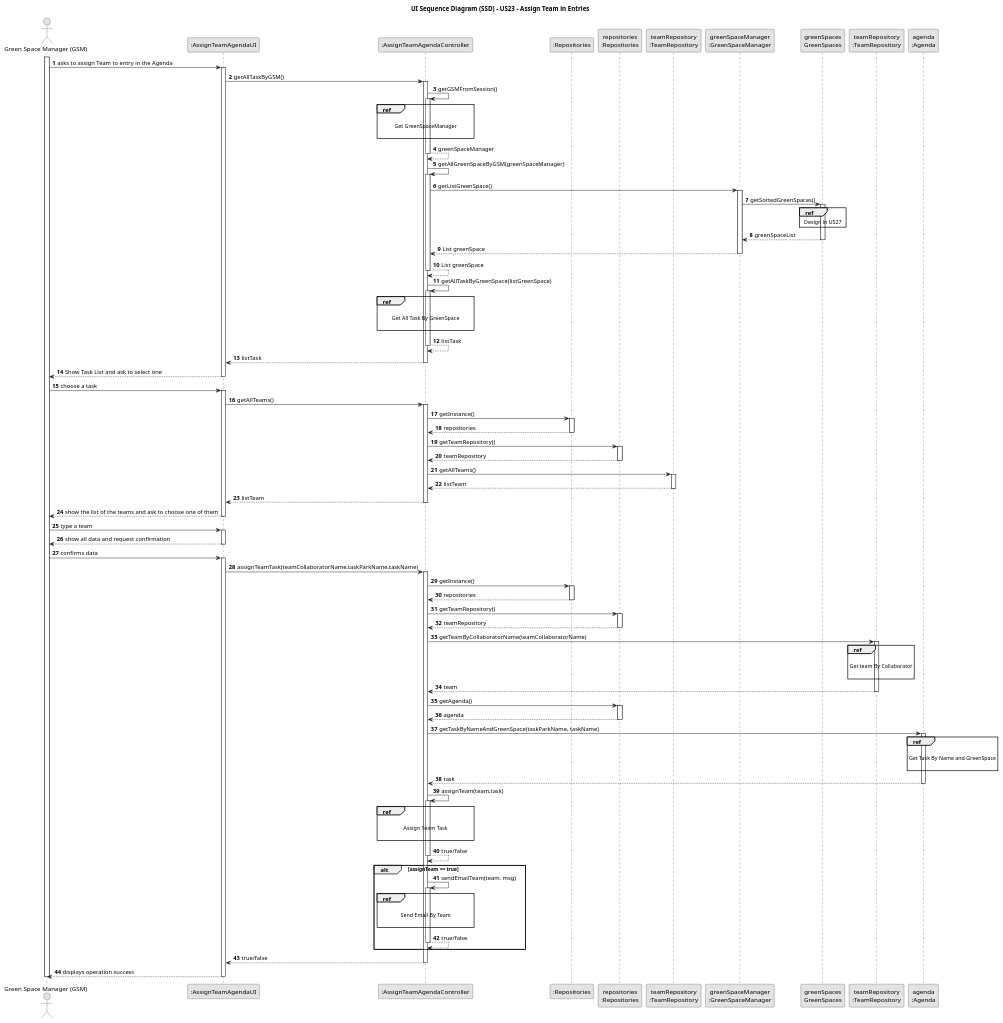
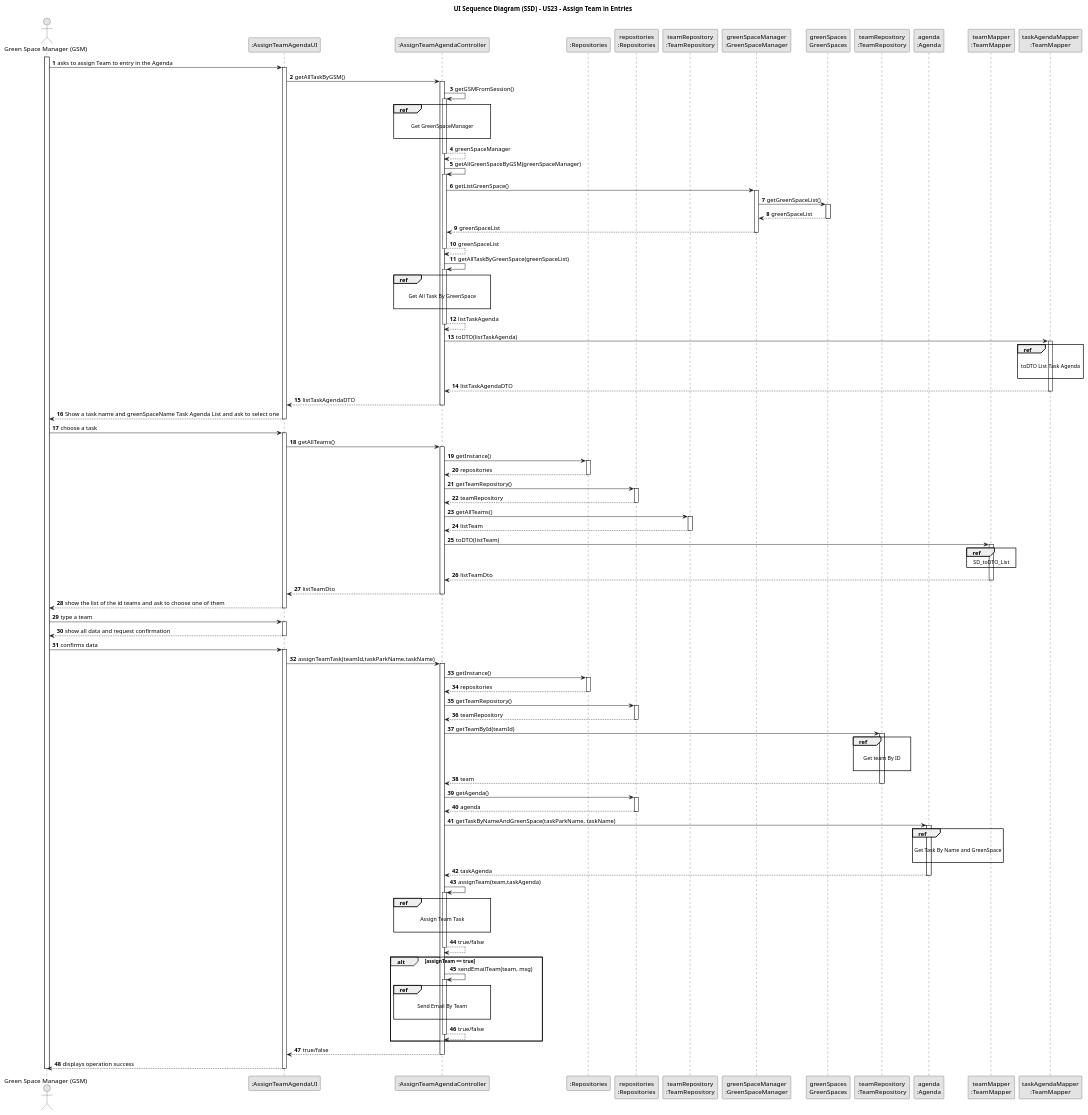
One commit to Departamento-de-Engenharia-Informatica/lei-24-s2-1db-g022 changed the diagram in docs/sprint3/us23/03.design/puml/us23-sequence-diagram.puml. Above: the diagram before and after it, drawn with PlantUML. The commit also changed 23 other files, not shown here.

```diff
--- a/docs/sprint3/us23/03.design/puml/us23-sequence-diagram.puml
+++ b/docs/sprint3/us23/03.design/puml/us23-sequence-diagram.puml
@@ -19,6 +19,8 @@
 participant "greenSpaces\nGreenSpaces" as GREENSPACES
 participant "teamRepository\n:TeamRepository" as TEAMREPO
 participant "agenda\n:Agenda" as AGENDA
+participant "teamMapper\n:TeamMapper" as TEAMMAPPER
+participant "taskAgendaMapper\n:TeamMapper" as TASKAGENDAMAPPER
 
 activate GSM	
 
@@ -51,26 +53,22 @@
 CTRL -> GSMO : getListGreenSpace()
 activate GSMO
 
-GSMO -> GREENSPACES : getSortedGreenSpaces()
+GSMO -> GREENSPACES : getGreenSpaceList()
 
 activate GREENSPACES
-
-ref over GREENSPACES
-Design in US27
-end ref
 
 GREENSPACES --> GSMO : greenSpaceList
 deactivate GREENSPACES
 
-GSMO --> CTRL : List greenSpace
+GSMO --> CTRL : greenSpaceList
 
 deactivate GSMO
 
-CTRL --> CTRL : List greenSpace
+CTRL --> CTRL : greenSpaceList
 
 deactivate CTRL
 
-CTRL -> CTRL : getAllTaskByGreenSpace(listGreenSpace)
+CTRL -> CTRL : getAllTaskByGreenSpace(greenSpaceList)
 
 activate CTRL
 
@@ -80,15 +78,29 @@
 
 end
 
-CTRL --> CTRL : listTask
-
-deactivate
-
-CTRL --> UI : listTask
+CTRL --> CTRL : listTaskAgenda
 
 deactivate CTRL
 
-UI --> GSM	 : Show Task List and ask to select one
+CTRL -> TASKAGENDAMAPPER : toDTO(listTaskAgenda)
+
+activate TASKAGENDAMAPPER
+
+ref over TASKAGENDAMAPPER
+
+toDTO List Task Agenda
+
+end
+TASKAGENDAMAPPER --> CTRL : listTaskAgendaDTO
+
+deactivate TASKAGENDAMAPPER
+
+
+CTRL --> UI : listTaskAgendaDTO
+
+deactivate CTRL
+
+UI --> GSM	 : Show a task name and greenSpaceName Task Agenda List and ask to select one
 deactivate UI
 
 GSM	->UI: choose a task
@@ -123,22 +135,23 @@
 
 deactivate TR
 
-'CTRL -> TEAMMP : toDTO(listTeam)
+CTRL -> TEAMMAPPER: toDTO(listTeam)
 
-'activate TEAMMP
+activate TEAMMAPPER
 
-'ref over TEAMMP
-'    SD_toDTO_List
-'end
+ref over TEAMMAPPER
+SD_toDTO_List
+end
 
-'TEAMMP --> CTRL : listTeamDto
+TEAMMAPPER --> CTRL : listTeamDto
 
+deactivate TEAMMAPPER
 
-CTRL --> UI : listTeam
+CTRL --> UI : listTeamDto
 
 deactivate CTRL
 
-UI --> GSM	 : show the list of the teams and ask to choose one of them
+UI --> GSM	 : show the list of the id teams and ask to choose one of them
 
 deactivate UI
 
@@ -154,7 +167,7 @@
 
 activate UI
 
-UI -> CTRL: assignTeamTask(teamCollaboratorName,taskParkName,taskName)
+UI -> CTRL: assignTeamTask(teamId,taskParkName,taskName)
 
 activate CTRL
 
@@ -174,13 +187,13 @@
 
 deactivate PLAT
 
-CTRL -> TEAMREPO : getTeamByCollaboratorName(teamCollaboratorName)
+CTRL -> TEAMREPO : getTeamById(teamId)
 
 activate TEAMREPO
 
 ref over TEAMREPO
 
-Get team By Collaborator
+Get team By ID
 
 end
 
@@ -206,11 +219,11 @@
 
 end
 
-AGENDA --> CTRL : task
+AGENDA --> CTRL : taskAgenda
 
 deactivate AGENDA
 
-CTRL -> CTRL : assignTeam(team,task)
+CTRL -> CTRL : assignTeam(team,taskAgenda)
 
 activate CTRL
 
```
